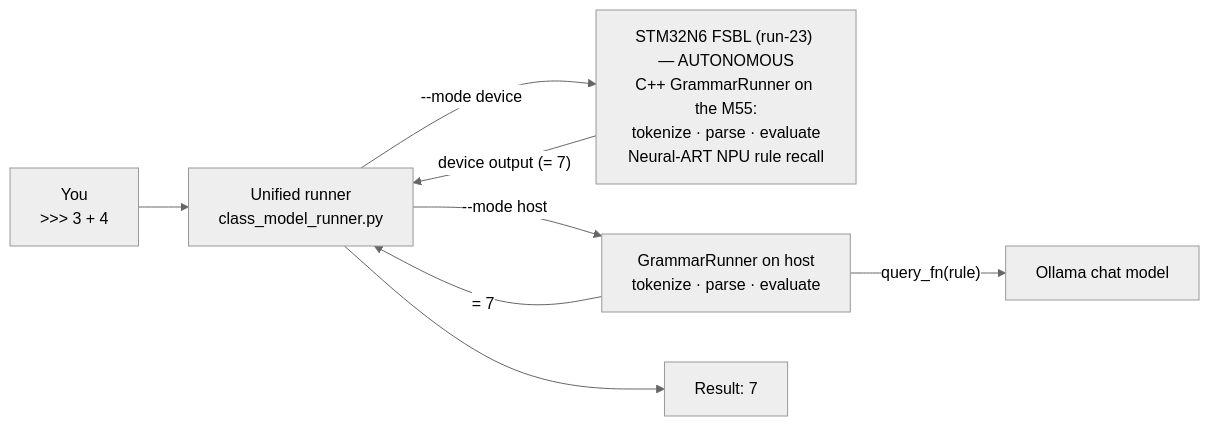
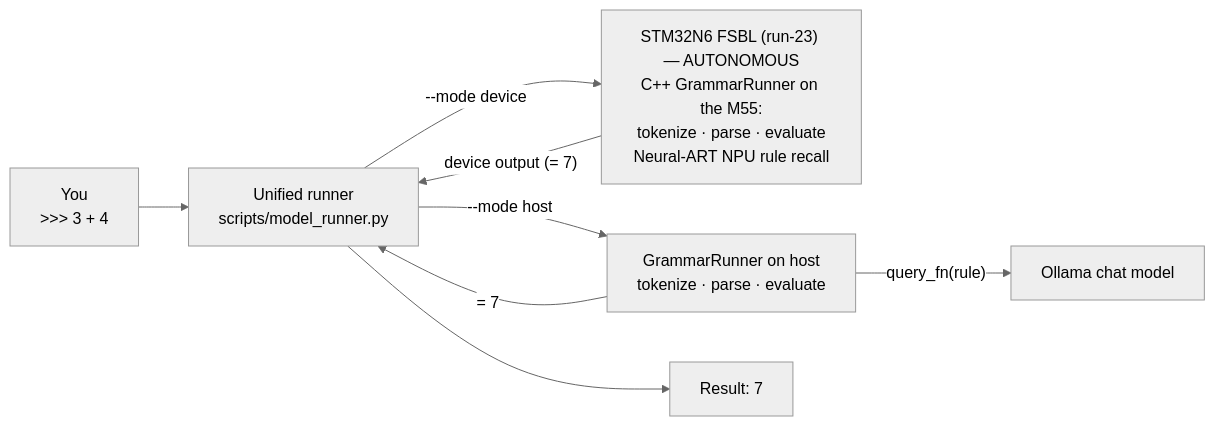
One commit to packetqc/AI changed the diagram in README.md. Above: the diagram before and after it, drawn with Mermaid. The commit also changed other lines of this file and 2 other files, not shown here.

First line of the commit message:
feat(runner): official scripts/model_runner.py entry over class_model_runner library

````diff
--- a/README.md
+++ b/README.md
@@ -667,11 +669,11 @@
 ```mermaid
 %%{init: {'theme':'neutral'}}%%
 flowchart LR
-    U["You<br/>&gt;&gt;&gt; 3 + 4"] --> CLI["Unified runner<br/>class_model_runner.py"]
+    U["You<br/>&gt;&gt;&gt; 3 + 4"] --> CLI["Unified runner<br/>scripts/model_runner.py"]
     CLI -->|"--mode device"| DEV["STM32N6 FSBL (run-23) — AUTONOMOUS<br/>C++ GrammarRunner on the M55:<br/>tokenize · parse · evaluate<br/>Neural-ART NPU rule recall"]
     CLI -->|"--mode host"| HOST["GrammarRunner on host<br/>tokenize · parse · evaluate"]
     HOST -->|"query_fn(rule)"| OLL["Ollama chat model"]
     DEV -->|"device output (= 7)"| CLI
     HOST -->|"= 7"| CLI
     CLI --> RES["Result: 7"]
 ```
````
